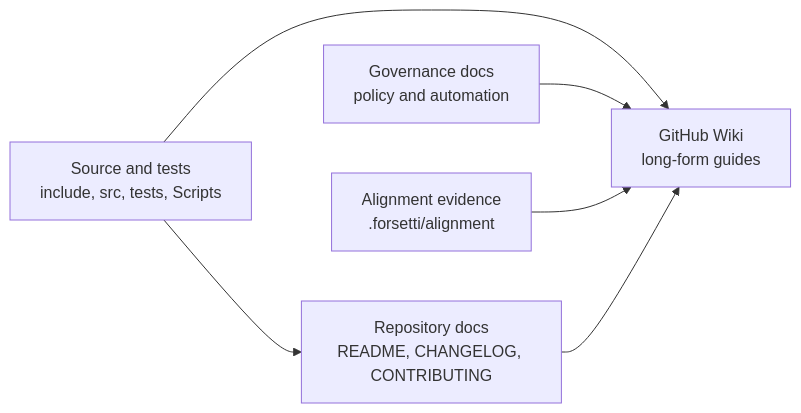
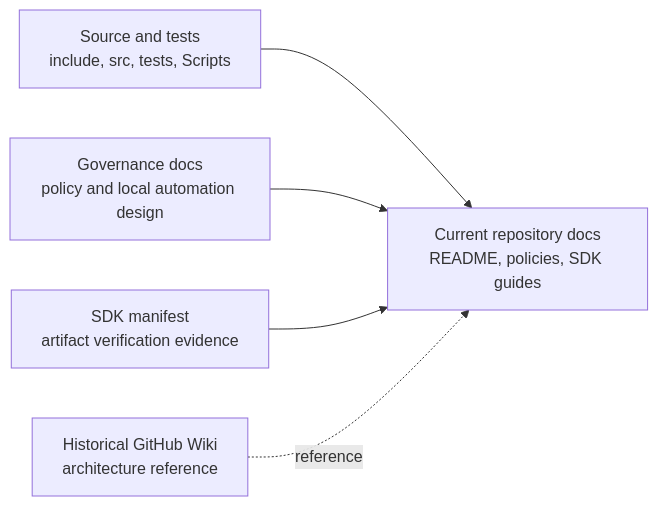
Before and after one commit to flynn33/Forsetti-Framework-Windows: the diagram in wiki.md, drawn with Mermaid. The commit also changed other lines of this file and 161 other files, not shown here.

````diff
--- a/wiki.md
+++ b/wiki.md
@@ -28,14 +30,13 @@
 ```mermaid
 flowchart LR
-    Repo["Repository docs\nREADME, CHANGELOG, CONTRIBUTING"]
-    Wiki["GitHub Wiki\nlong-form guides"]
-    Governance["Governance docs\npolicy and automation"]
-    Evidence["Alignment evidence\n.forsetti/alignment"]
+    Repo["Current repository docs\nREADME, policies, SDK guides"]
+    Wiki["Historical GitHub Wiki\narchitecture reference"]
+    Governance["Governance docs\npolicy and local automation design"]
+    Evidence["SDK manifest\nartifact verification evidence"]
     Source["Source and tests\ninclude, src, tests, Scripts"]
 
     Source --> Repo
-    Source --> Wiki
-    Governance --> Wiki
-    Evidence --> Wiki
-    Repo --> Wiki
+    Governance --> Repo
+    Evidence --> Repo
+    Wiki -. reference .-> Repo
 ```
````
